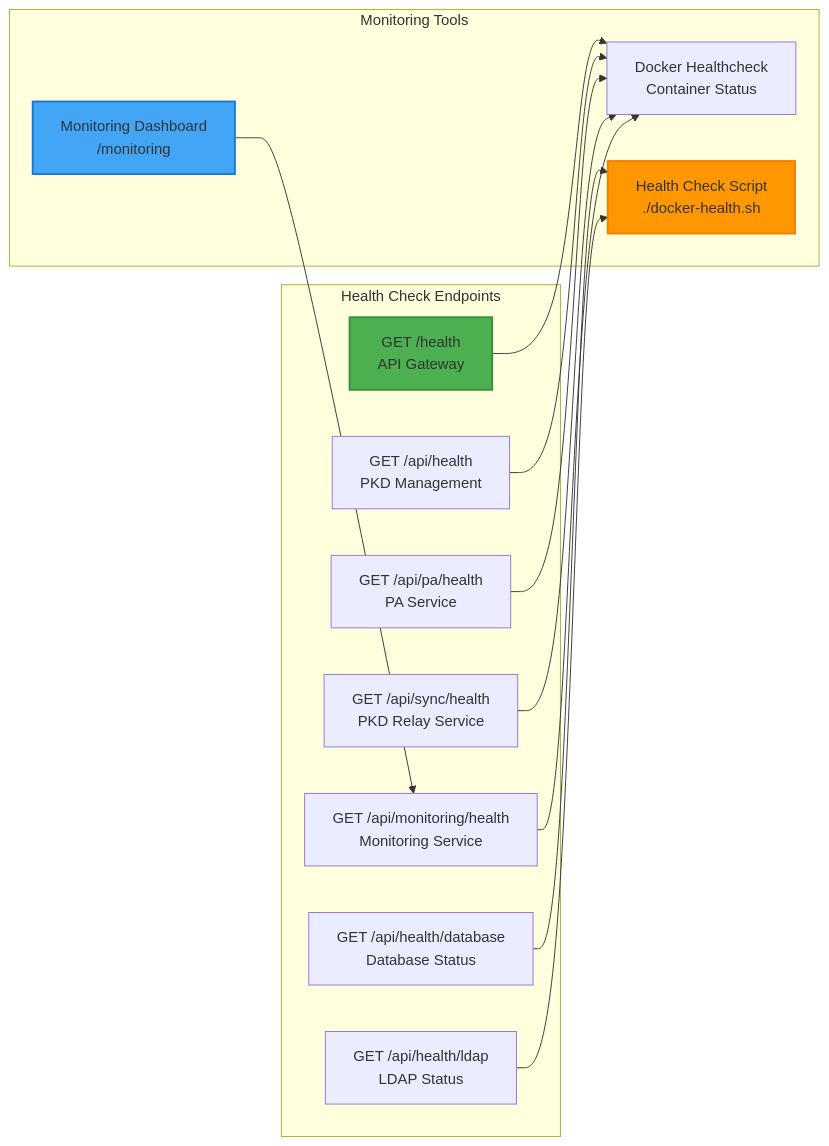
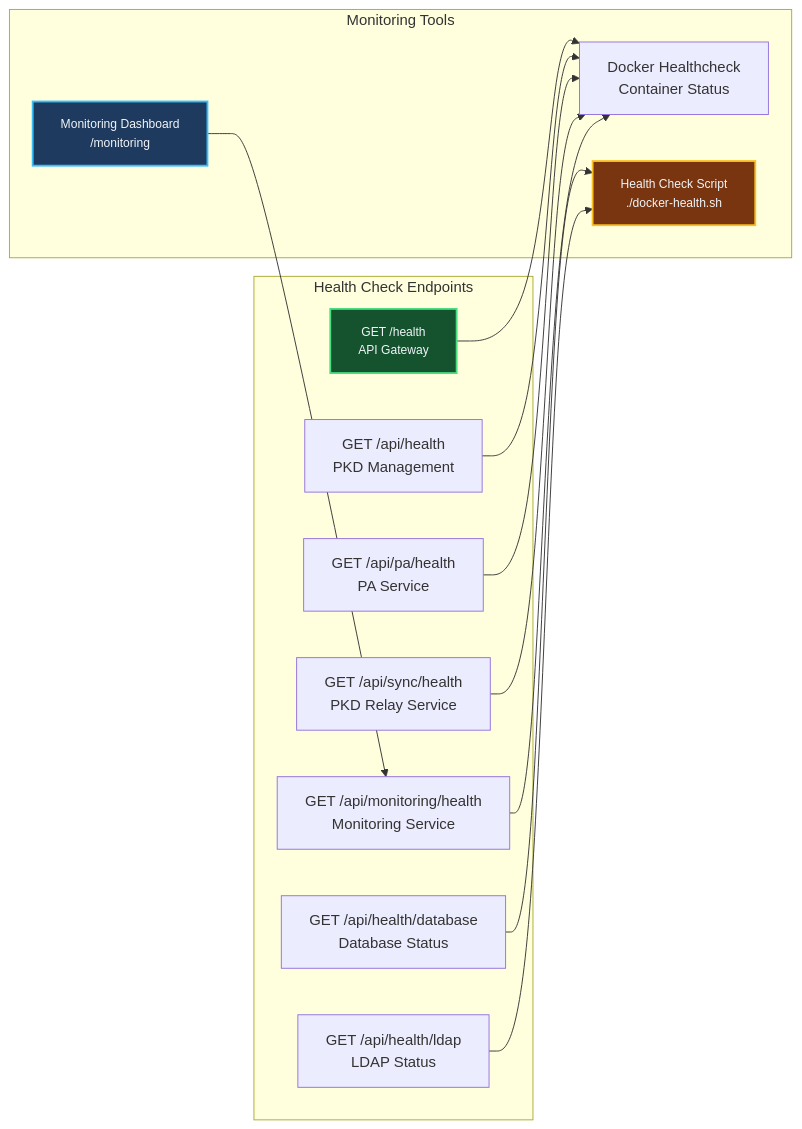
Before and after one commit to iland112/icao-local-pkd-cpp: diagram 17 of 17 in docs/ARCHITECTURE.md, drawn with Mermaid. The commit also changed other lines of this file and 27 other files, not shown here.

````diff
--- a/docs/ARCHITECTURE.md
+++ b/docs/ARCHITECTURE.md
@@ -1572,32 +1750,32 @@
 ```mermaid
 graph LR
     subgraph "Health Check Endpoints"
         GW[GET /health<br/>API Gateway]
         PKD_H[GET /api/health<br/>PKD Management]
         PA_H[GET /api/pa/health<br/>PA Service]
         Relay_H[GET /api/sync/health<br/>PKD Relay Service]
         Mon_H[GET /api/monitoring/health<br/>Monitoring Service]
         DB_H[GET /api/health/database<br/>Database Status]
         LDAP_H[GET /api/health/ldap<br/>LDAP Status]
     end
 
     subgraph "Monitoring Tools"
         Docker[Docker Healthcheck<br/>Container Status]
         Script[Health Check Script<br/>./docker-health.sh]
         MonDash[Monitoring Dashboard<br/>/monitoring]
     end
 
     GW --> Docker
     PKD_H --> Docker
     PA_H --> Docker
     Relay_H --> Docker
     Mon_H --> Docker
 
     DB_H --> Script
     LDAP_H --> Script
     MonDash --> Mon_H
 
-    style GW fill:#4CAF50,stroke:#388E3C,stroke-width:2px
-    style Script fill:#FF9800,stroke:#F57C00,stroke-width:2px
-    style MonDash fill:#42A5F5,stroke:#1976D2,stroke-width:2px
+    style GW fill:#14532d,stroke:#4ade80,stroke-width:2px,color:#f1f5f9,font-size:13px
+    style Script fill:#78350f,stroke:#fbbf24,stroke-width:2px,color:#f1f5f9,font-size:13px
+    style MonDash fill:#1e3a5f,stroke:#38bdf8,stroke-width:2px,color:#f1f5f9,font-size:13px
 ```
````
